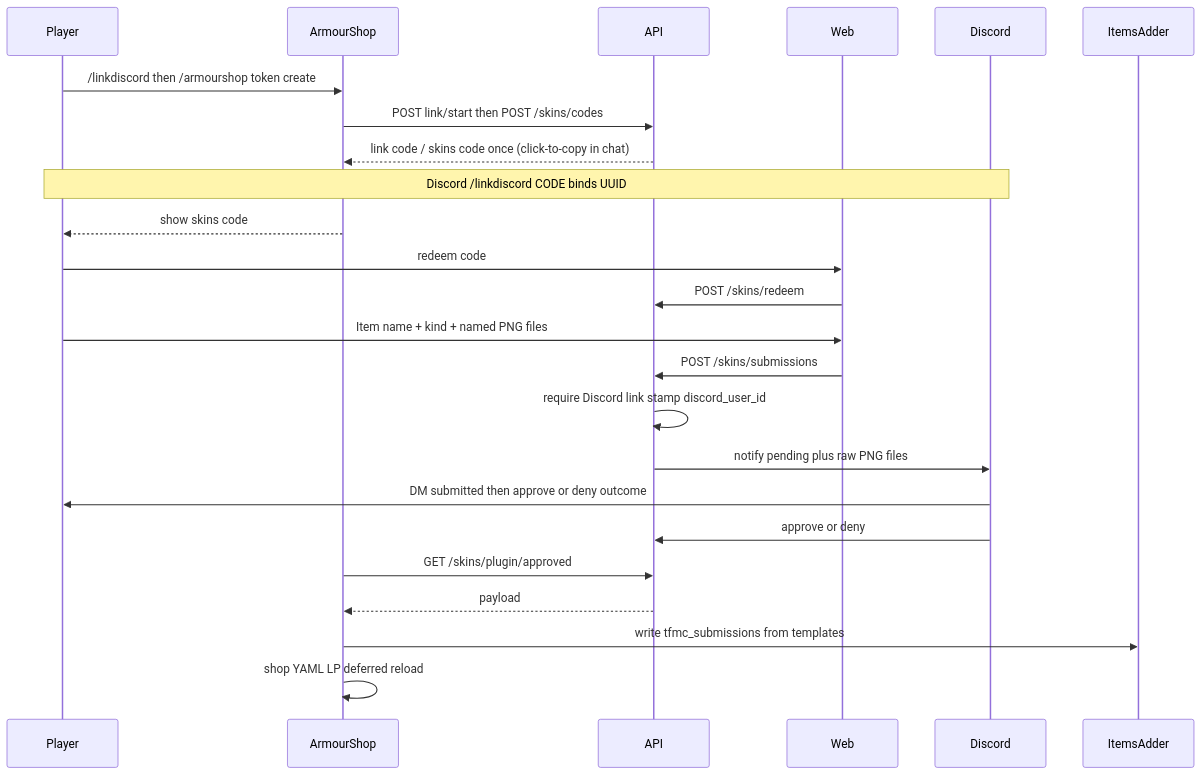
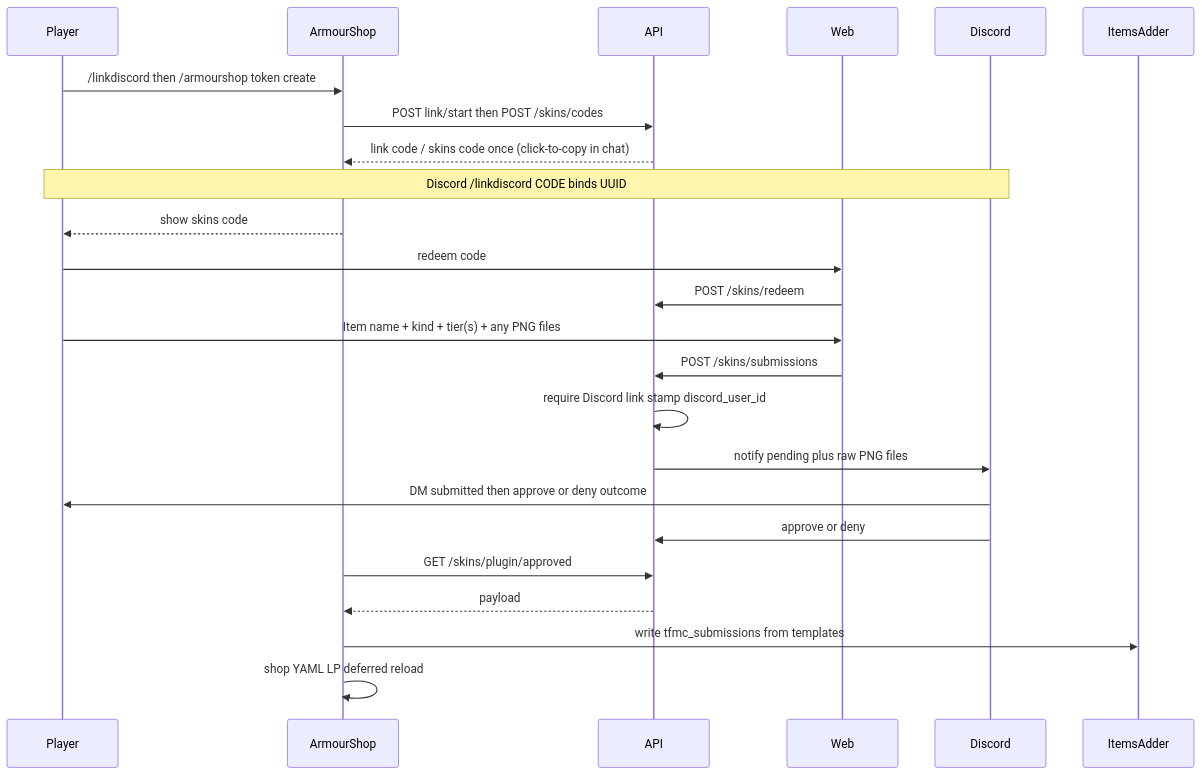
The diagram in Planning/05-skins-system.md (Drefvelin/ProvinceSystem), drawn with Mermaid before and after one commit. The commit also changed other lines of this file and 28 other files, not shown here.

````diff
--- a/Planning/05-skins-system.md
+++ b/Planning/05-skins-system.md
@@ -48,27 +48,27 @@
 ```mermaid
 sequenceDiagram
   participant Player
   participant AS as ArmourShop
   participant API
   participant Web
   participant Discord
   participant IA as ItemsAdder
 
   Player->>AS: /linkdiscord then /armourshop token create
   AS->>API: POST link/start then POST /skins/codes
   API-->>AS: link code / skins code once (click-to-copy in chat)
   Note over Player,Discord: Discord /linkdiscord CODE binds UUID
   AS-->>Player: show skins code
   Player->>Web: redeem code
   Web->>API: POST /skins/redeem
-  Player->>Web: Item name + kind + named PNG files
+  Player->>Web: Item name + kind + tier(s) + any PNG files
   Web->>API: POST /skins/submissions
   API->>API: require Discord link stamp discord_user_id
   API->>Discord: notify pending plus raw PNG files
   Discord->>Player: DM submitted then approve or deny outcome
   Discord->>API: approve or deny
   AS->>API: GET /skins/plugin/approved
   API-->>AS: payload
   AS->>IA: write tfmc_submissions from templates
   AS->>AS: shop YAML LP deferred reload
 ```
````
